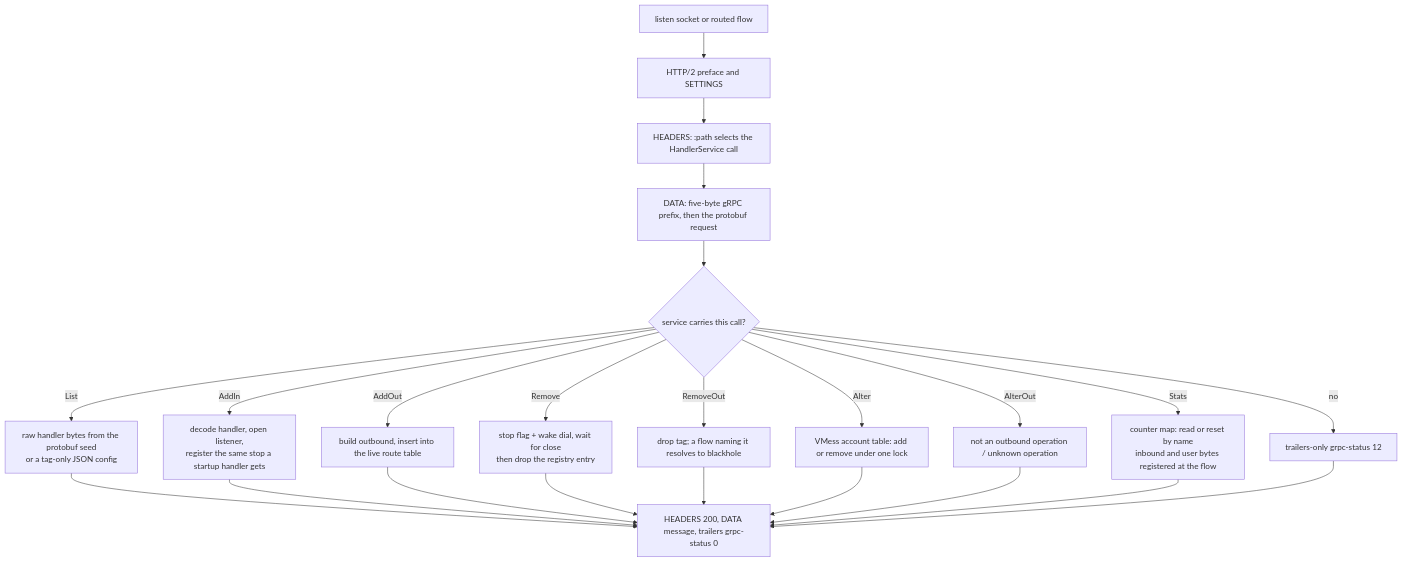
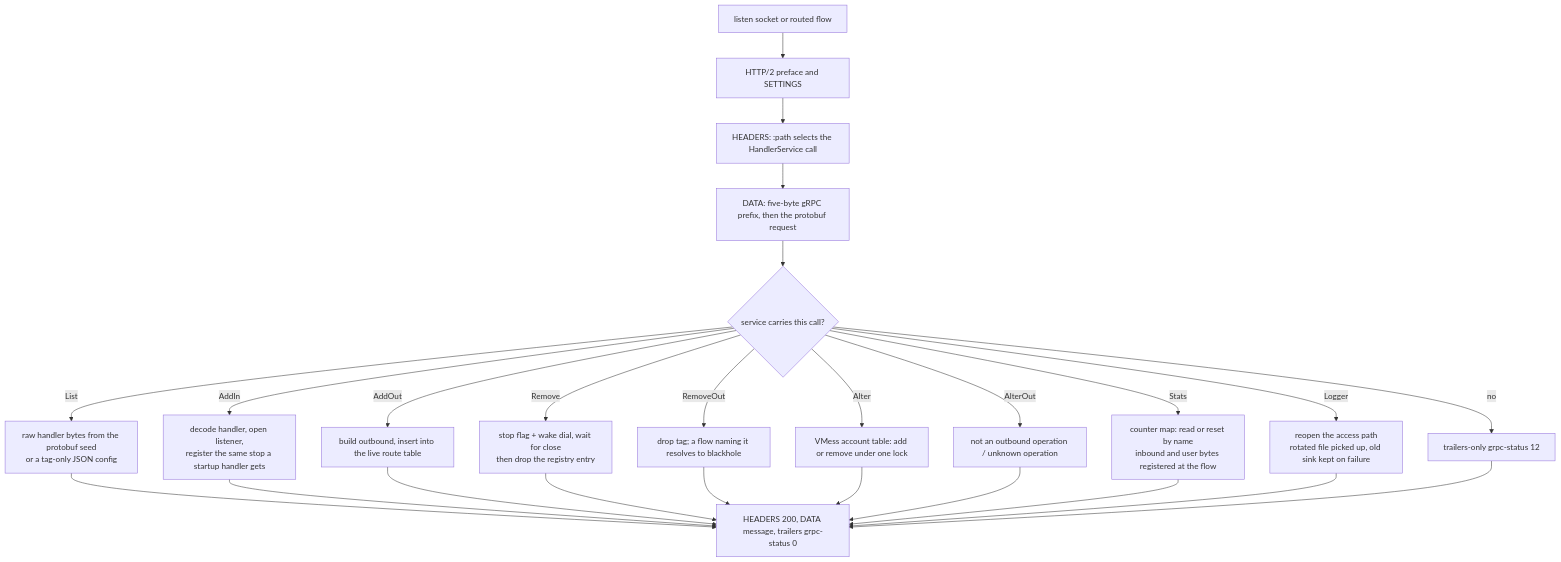
Before and after one commit to Ferrocite/ferrox: the diagram in docs/function/engine-api.md, drawn with Mermaid. The commit also changed other lines of this file and 3 other files, not shown here.

````diff
--- a/docs/function/engine-api.md
+++ b/docs/function/engine-api.md
@@ -19,25 +21,27 @@
 ```mermaid
 graph TD
     L["listen socket or routed flow"] --> M["HTTP/2 preface and SETTINGS"]
     M --> H["HEADERS: :path selects the HandlerService call"]
     H --> D["DATA: five-byte gRPC prefix, then the protobuf request"]
     D --> S{"service carries this call?"}
     S -- no --> E["trailers-only grpc-status 12"]
     S -- List --> R["raw handler bytes from the protobuf seed<br/>or a tag-only JSON config"]
     S -- AddIn --> B["decode handler, open listener,<br/>register the same stop a startup handler gets"]
     S -- AddOut --> O["build outbound, insert into the live route table"]
     S -- Remove --> T["stop flag + wake dial, wait for close<br/>then drop the registry entry"]
     S -- RemoveOut --> P["drop tag; a flow naming it resolves to blackhole"]
     S -- Alter --> U["VMess account table: add or remove under one lock"]
     S -- AlterOut --> Q["not an outbound operation / unknown operation"]
     S -- Stats --> V["counter map: read or reset by name<br/>inbound and user bytes registered at the flow"]
+    S -- Logger --> W["reopen the access path<br/>rotated file picked up, old sink kept on failure"]
     R --> A["HEADERS 200, DATA message, trailers grpc-status 0"]
     B --> A
     O --> A
     T --> A
     P --> A
     U --> A
     Q --> A
     V --> A
+    W --> A
     E --> A
 ```
````
